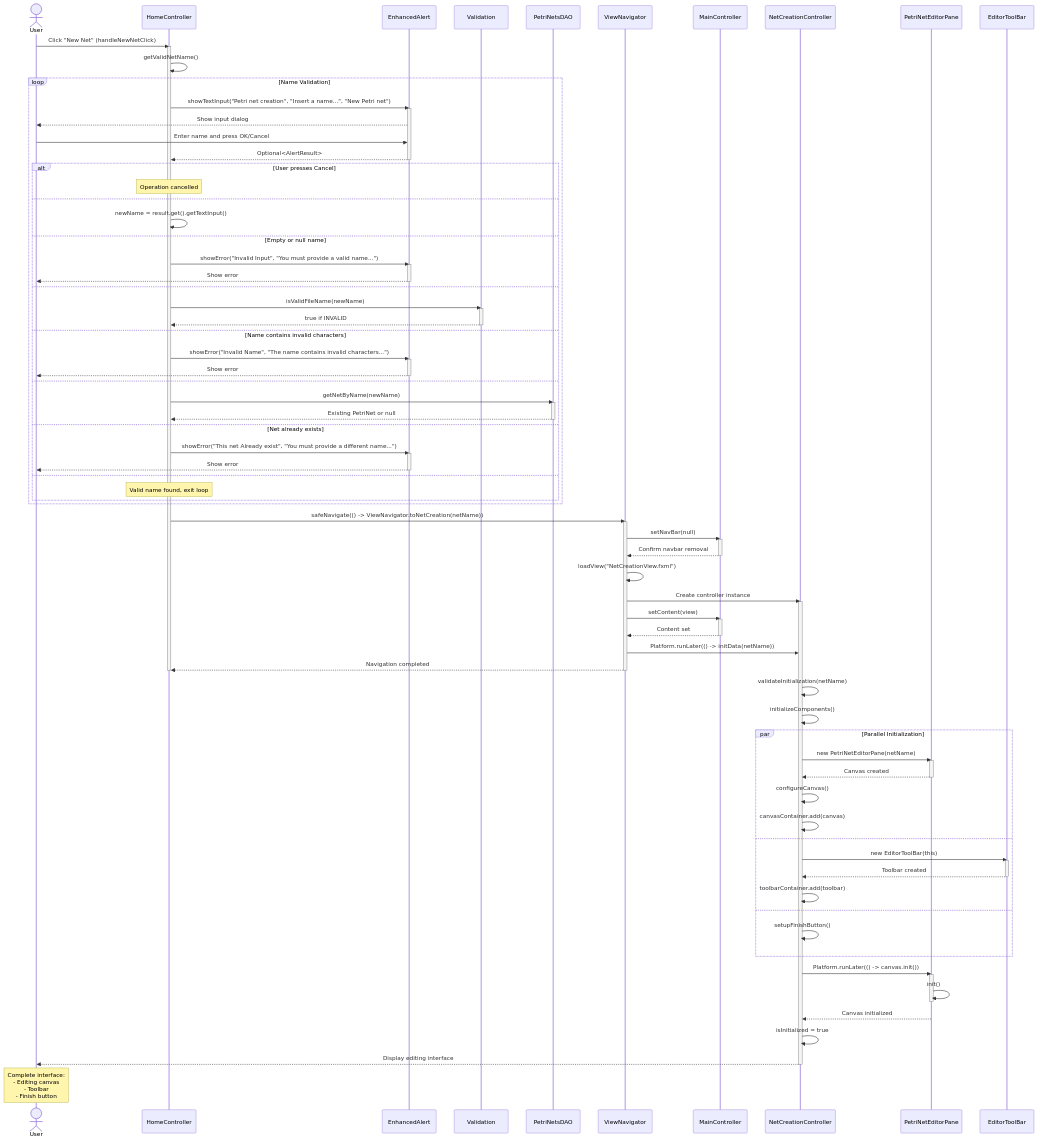
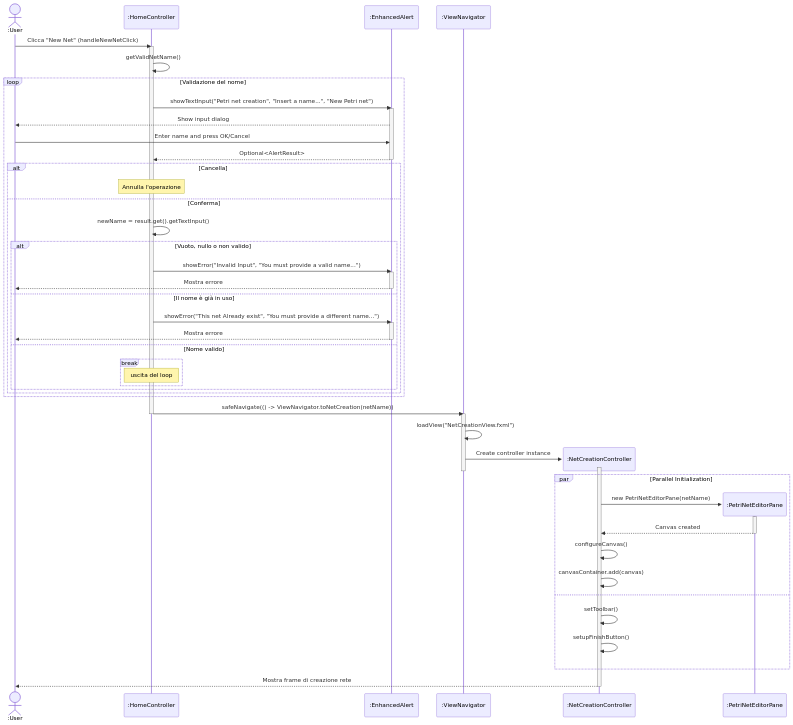
One commit to alessio-vivaldelli/PetriHub changed the diagram in docs/SequenceDiagram/Sequence New Net.mmd. Above: the diagram before and after it, drawn with Mermaid.

```diff
--- a/docs/SequenceDiagram/Sequence New Net.mmd
+++ b/docs/SequenceDiagram/Sequence New Net.mmd
@@ -1,116 +1,72 @@
 sequenceDiagram
-    actor User
-    participant HC as HomeController
-    participant EA as EnhancedAlert
-    participant V as Validation
-    participant PDAO as PetriNetsDAO
-    participant VN as ViewNavigator
-    participant MC as MainController
-    participant NCC as NetCreationController
-    participant Canvas as PetriNetEditorPane
-    participant TB as EditorToolBar
+    actor User as :User
+    participant HC as :HomeController
+    participant EA as :EnhancedAlert
+    participant VN as :ViewNavigator
     
-    User->>HC: Click "New Net" (handleNewNetClick)
+    User->>HC: Clicca "New Net" (handleNewNetClick)
     activate HC
     
     HC->>HC: getValidNetName()
     
-    loop Name Validation
+    loop Validazione del nome
         HC->>EA: showTextInput("Petri net creation", "Insert a name...", "New Petri net")
         activate EA
         EA-->>User: Show input dialog
         User->>EA: Enter name and press OK/Cancel
         EA-->>HC: Optional<AlertResult>
         deactivate EA
         
-        alt User presses Cancel
-            Note over HC: Operation cancelled
-        else
+        alt Cancella
+            Note over HC: Annulla l'operazione
+        else Conferma
             HC->>HC: newName = result.get().getTextInput()
             
-            else Empty or null name
+            alt Vuoto, nullo o non valido
                 HC->>EA: showError("Invalid Input", "You must provide a valid name...")
                 activate EA
-                EA-->>User: Show error
+                EA-->>User: Mostra errore
                 deactivate EA
-            else
-                HC->>V: isValidFileName(newName)
-                activate V
-                V-->>HC: true if INVALID
-                deactivate V
-                
-                else Name contains invalid characters
-                    HC->>EA: showError("Invalid Name", "The name contains invalid characters...")
+                else Il nome è già in uso
+                    HC->>EA: showError("This net Already exist", "You must provide a different name...")
                     activate EA
-                    EA-->>User: Show error
+                    EA-->>User: Mostra errore
                     deactivate EA
-                else
-                    HC->>PDAO: getNetByName(newName)
-                    activate PDAO
-                    PDAO-->>HC: Existing PetriNet or null
-                    deactivate PDAO
-                    
-                    else Net already exists
-                        HC->>EA: showError("This net Already exist", "You must provide a different name...")
-                        activate EA
-                        EA-->>User: Show error
-                        deactivate EA
-                    else
-                        Note over HC: Valid name found, exit loop
-
-    end
+                else Nome valido
+                break
+                    Note over HC: uscita del loop
+                end
+            end
+        end
     end
     
     HC->>VN: safeNavigate(() -> ViewNavigator.toNetCreation(netName))
+    deactivate HC
+
     activate VN
-    
-    VN->>MC: setNavBar(null)
-    activate MC
-    MC-->>VN: Confirm navbar removal
-    deactivate MC
-    
     VN->>VN: loadView("NetCreationView.fxml")
+    create participant NCC as :NetCreationController
     VN->>NCC: Create controller instance
     activate NCC
-    
-    VN->>MC: setContent(view)
-    activate MC
-    MC-->>VN: Content set
-    deactivate MC
-    
-    VN->>NCC: Platform.runLater(() -> initData(netName))
-    VN-->>HC: Navigation completed
+
     deactivate VN
-    deactivate HC
-    
-    NCC->>NCC: validateInitialization(netName)
-    NCC->>NCC: initializeComponents()
-    
+
+
+
+
+
     par Parallel Initialization
+        create participant Canvas as :PetriNetEditorPane
         NCC->>Canvas: new PetriNetEditorPane(netName)
         activate Canvas
         Canvas-->>NCC: Canvas created
         deactivate Canvas
         NCC->>NCC: configureCanvas()
         NCC->>NCC: canvasContainer.add(canvas)
     and
-        NCC->>TB: new EditorToolBar(this)
-        activate TB
-        TB-->>NCC: Toolbar created
-        deactivate TB
-        NCC->>NCC: toolbarContainer.add(toolbar)
-    and
+        NCC->>NCC: setToolbar()
         NCC->>NCC: setupFinishButton()
     end
-    
-    NCC->>Canvas: Platform.runLater(() -> canvas.init())
-    activate Canvas
-    Canvas->>Canvas: init()
-    deactivate Canvas
-    Canvas-->>NCC: Canvas initialized
-    
-    NCC->>NCC: isInitialized = true
-    NCC-->>User: Display editing interface
+
+    NCC-->>User: Mostra frame di creazione rete
     deactivate NCC
-    
-    Note over User: Complete interface:<br/>- Editing canvas<br/>- Toolbar<br/>- Finish button
```
